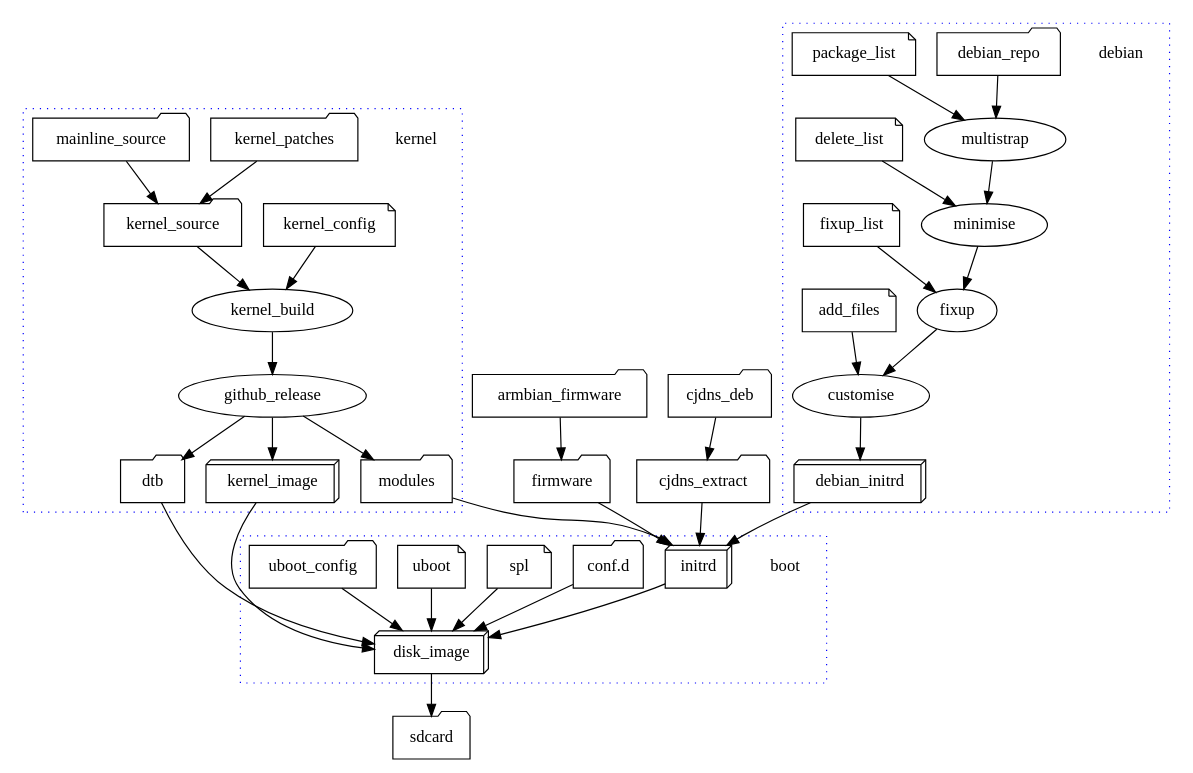
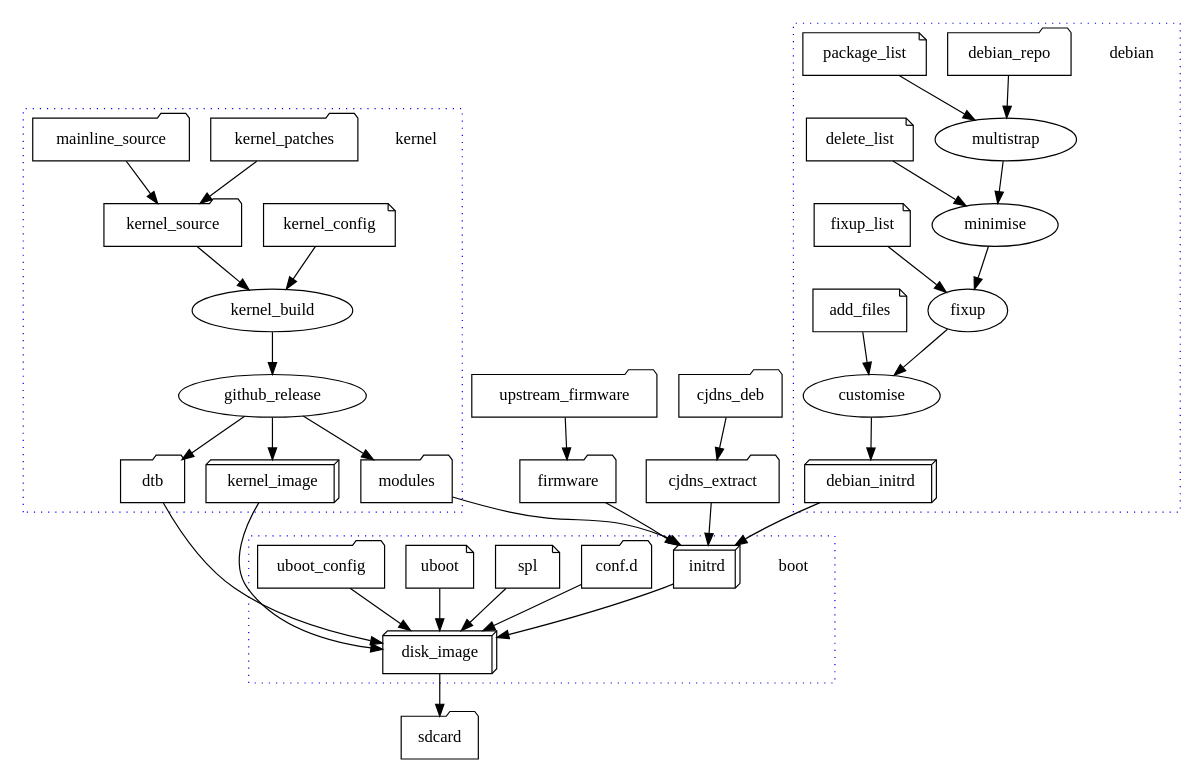
The diagram in docs/build.dot (tomeshnet/mesh-orange), drawn with Graphviz before and after one commit.

Commit message:
Not all firmware comes from armbian - in fact, I try to avoid that

```diff
--- a/docs/build.dot
+++ b/docs/build.dot
@@ -1,88 +1,88 @@
 #
 # Outline how the build process works
 #
 
 digraph g{
 
     subgraph cluster_debian {
         debian [shape=plaintext];
         graph[style=dotted];
         color=blue;
 
         debian_repo [shape=folder];
         package_list [shape=note];
         delete_list [shape=note];
         fixup_list [shape=note];
         add_files [shape=note];
         debian_initrd [shape=box3d];
 
         debian_repo -> multistrap -> minimise -> fixup -> customise;
 
         package_list -> multistrap;
         delete_list -> minimise;
         fixup_list -> fixup;
         add_files -> customise;
 
         customise -> debian_initrd;
     }
     
     subgraph cluster_kernel {
         kernel [shape=plaintext];
         graph[style=dotted];
         color=blue;
 
         kernel_config [shape=note];
         mainline_source [shape=folder];
         kernel_patches [shape=folder];
         kernel_source [shape=folder];
         kernel_image [shape=box3d];
         modules [shape=folder];
         dtb [shape=folder];
 
         kernel_patches -> kernel_source;
         mainline_source -> kernel_source;
         kernel_source -> kernel_build;
         kernel_config -> kernel_build;
 
         kernel_build -> github_release -> kernel_image;
         github_release -> modules;
         github_release -> dtb;
     }
 
-    armbian_firmware [shape=folder];
+    upstream_firmware [shape=folder];
     firmware [shape=folder];
-    armbian_firmware -> firmware;
+    upstream_firmware -> firmware;
 
     cjdns_deb [shape=folder];
     cjdns_extract [shape=folder];
     cjdns_deb -> cjdns_extract;
 
     subgraph cluster_boot {
         boot [shape=plaintext];
         graph[style=dotted];
         color=blue;
 
         initrd [shape=box3d];
         conf_d [label="conf.d" shape=folder];
         spl [shape=note];
         uboot [shape=note];
         uboot_config [shape=folder];
 
         spl -> disk_image;
         uboot -> disk_image;
         uboot_config -> disk_image;
         initrd -> disk_image;
         conf_d -> disk_image;
         dtb -> disk_image;
     }
 
     firmware -> initrd;
     debian_initrd -> initrd;
     modules -> initrd;
     cjdns_extract -> initrd;
     kernel_image -> disk_image;
 
     disk_image [shape=box3d];
     sdcard [shape=folder];
     disk_image -> sdcard;
 }
```
